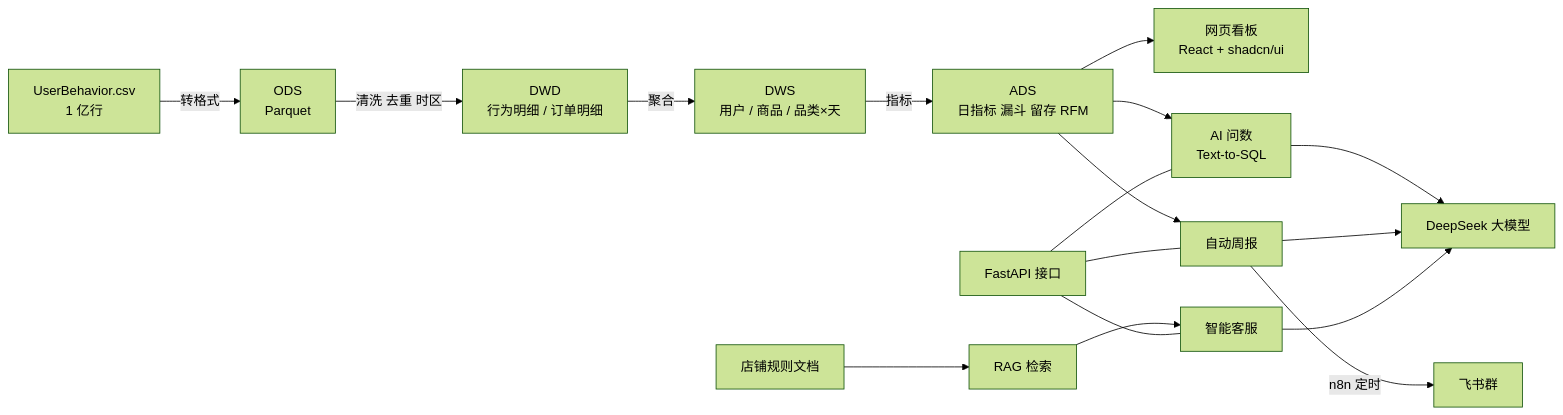
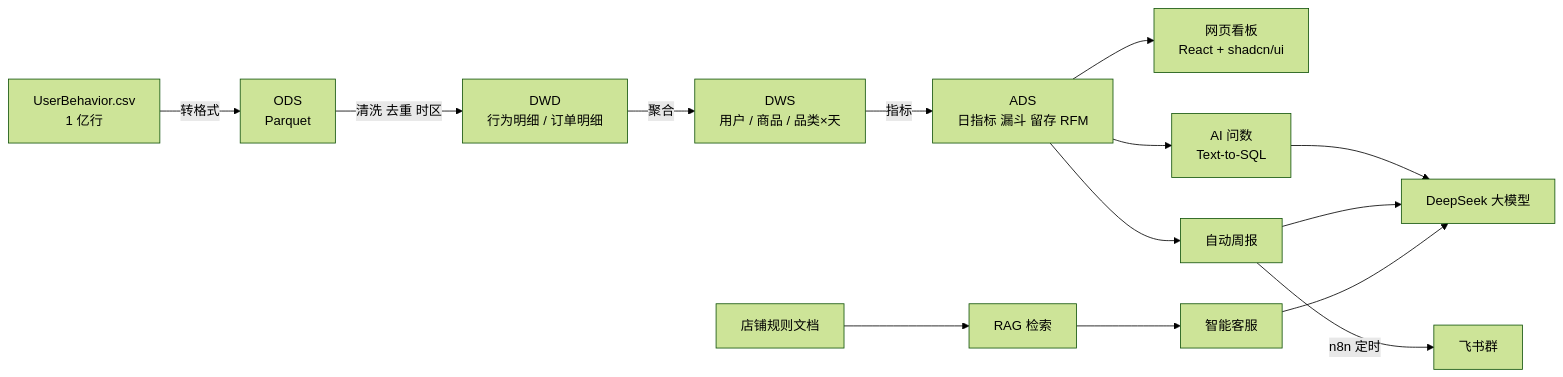
The diagram in README.md (Lt0226-Win/ecom-ai-assistant), drawn with Mermaid (forest theme) before and after one commit. The commit also changed other lines of this file, not shown here.

````diff
--- a/README.md
+++ b/README.md
@@ -25,13 +58,12 @@
 ```mermaid
 flowchart LR
     A[UserBehavior.csv<br/>1 亿行] -->|转格式| B[ODS<br/>Parquet]
     B -->|清洗 去重 时区| C[DWD<br/>行为明细 / 订单明细]
     C -->|聚合| D[DWS<br/>用户 / 商品 / 品类×天]
     D -->|指标| E[ADS<br/>日指标 漏斗 留存 RFM]
     E --> F[网页看板<br/>React + shadcn/ui]
     E --> G[AI 问数<br/>Text-to-SQL]
     E --> H[自动周报] -->|n8n 定时| I[飞书群]
     J[店铺规则文档] --> K[RAG 检索] --> L[智能客服]
     G & H & L --> M[DeepSeek 大模型]
-    N[FastAPI 接口] --- G & H & L
 ```
````
